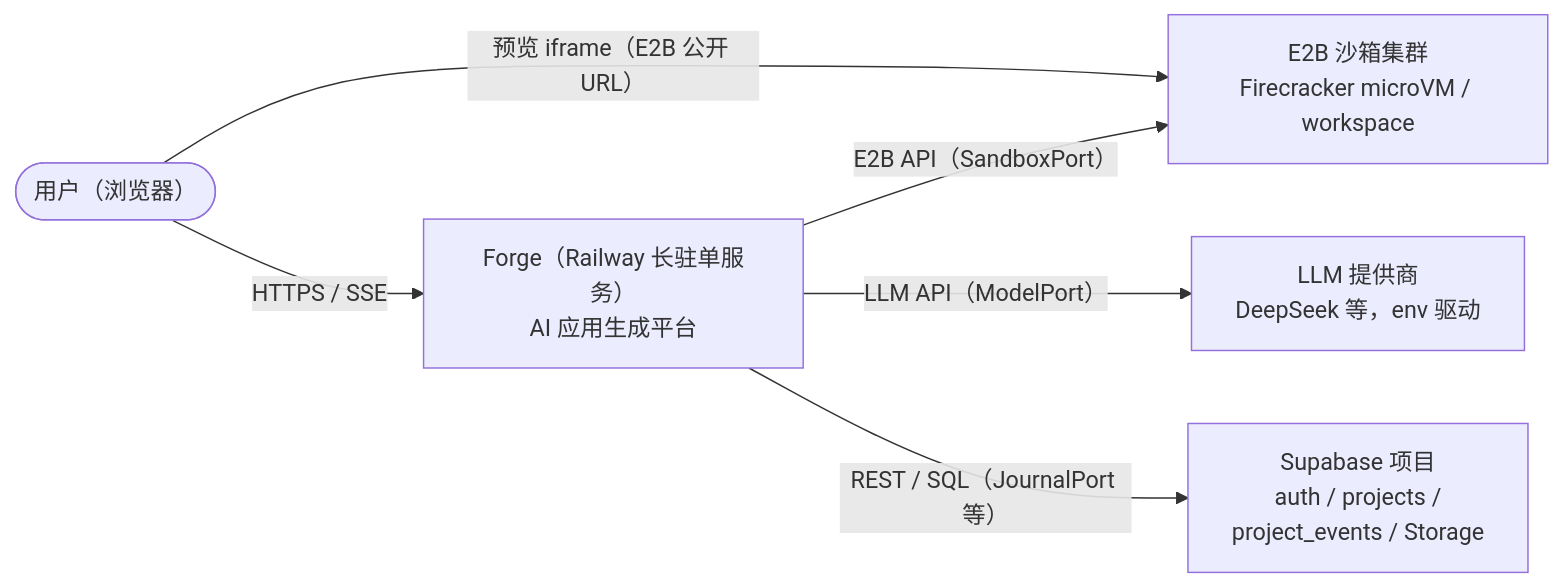
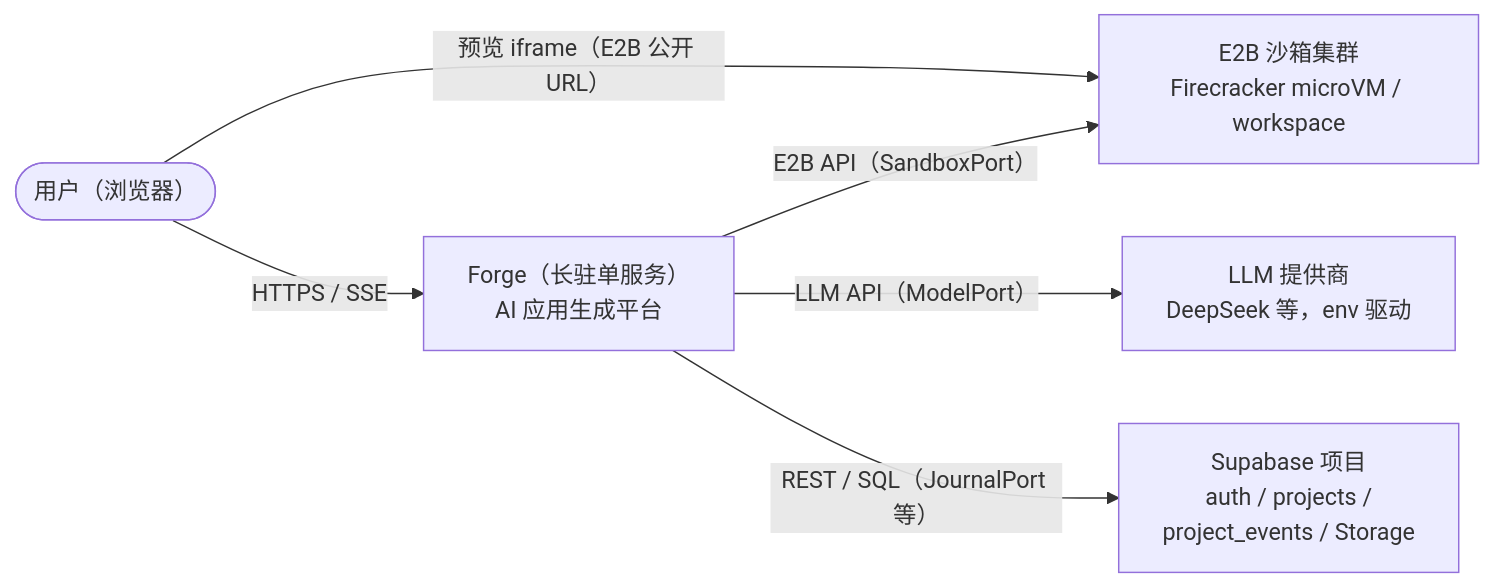
One commit to ttxs69/atoms-demo changed the first of 3 diagrams in docs/05-architecture.md. Above: the diagram before and after it, drawn with Mermaid. The commit also changed other lines of this file and 13 other files, not shown here.

````diff
--- a/docs/05-architecture.md
+++ b/docs/05-architecture.md
@@ -37,14 +37,14 @@
 ```mermaid
 flowchart LR
     U(["用户（浏览器）"])
-    FORGE["Forge（Railway 长驻单服务）<br/>AI 应用生成平台"]
+    FORGE["Forge（长驻单服务）<br/>AI 应用生成平台"]
     E2B["E2B 沙箱集群<br/>Firecracker microVM / workspace"]
     LLM["LLM 提供商<br/>DeepSeek 等，env 驱动"]
     SB["Supabase 项目<br/>auth / projects /<br/>project_events / Storage"]
 
     U -- "HTTPS / SSE" --> FORGE
     U -- "预览 iframe（E2B 公开 URL）" --> E2B
     FORGE -- "E2B API（SandboxPort）" --> E2B
     FORGE -- "LLM API（ModelPort）" --> LLM
     FORGE -- "REST / SQL（JournalPort 等）" --> SB
 ```
````
